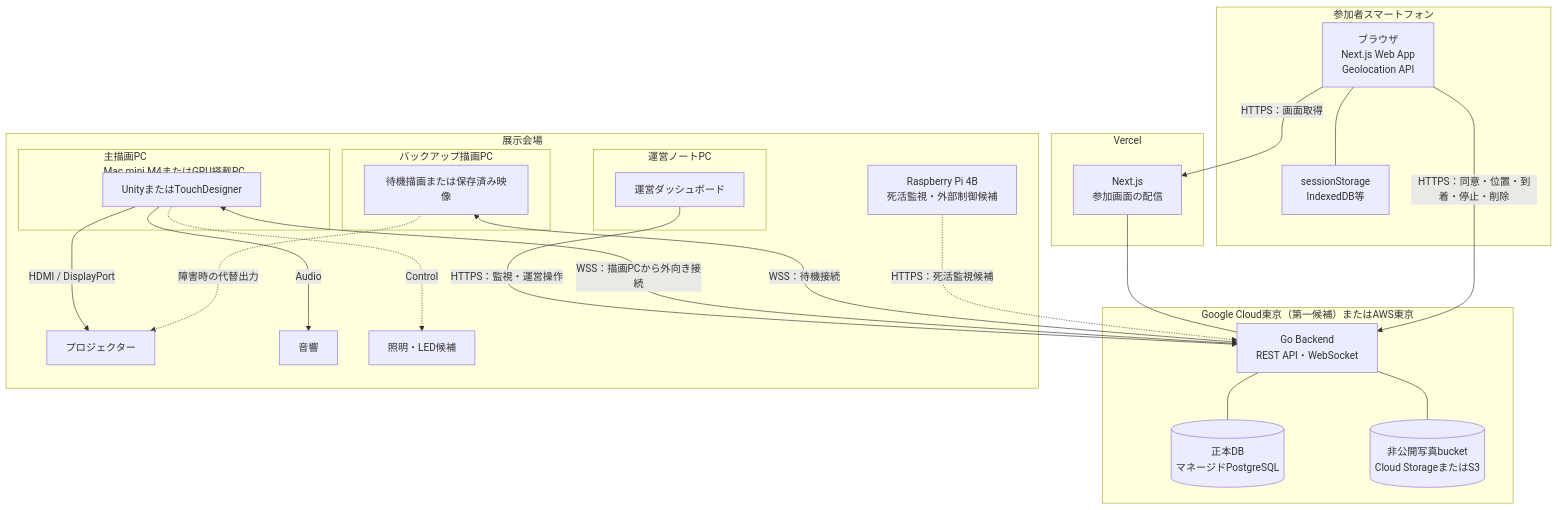
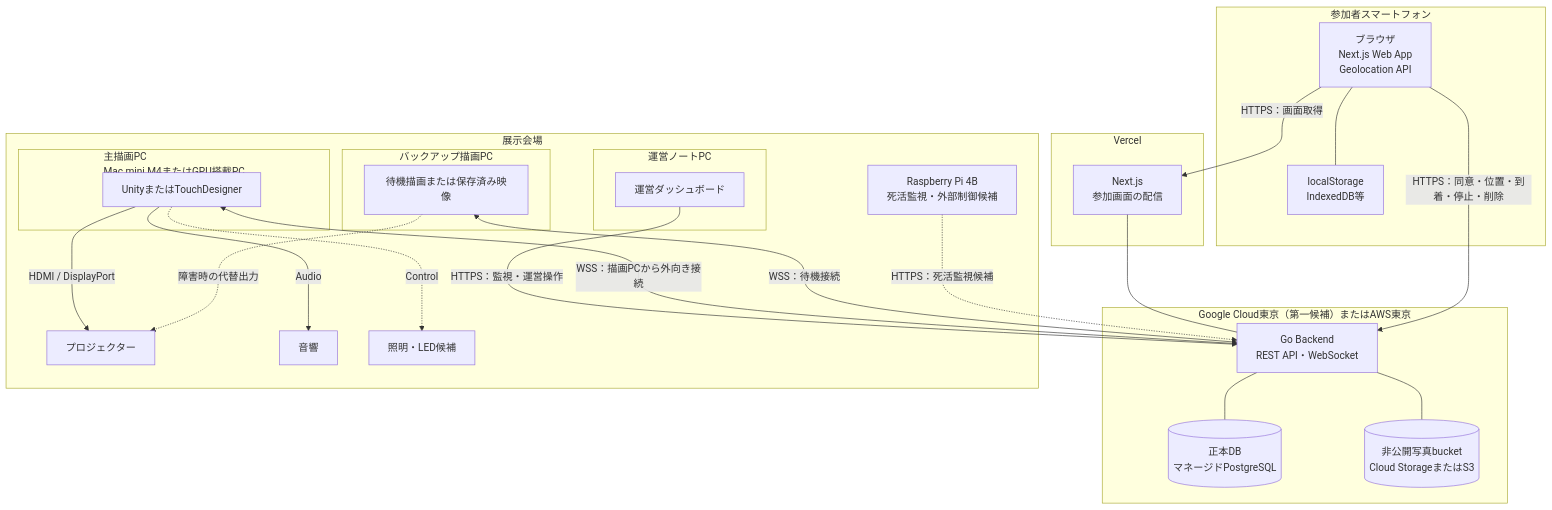
The second of 6 diagrams in docs/uml-diagrams.md (Mino829/trace-campus-installation), drawn with Mermaid before and after one commit. The commit also changed other lines of this file and 14 other files, not shown here.

````diff
--- a/docs/uml-diagrams.md
+++ b/docs/uml-diagrams.md
@@ -91,51 +86,51 @@
 ```mermaid
 flowchart TB
     subgraph ParticipantDevice["参加者スマートフォン"]
         MobileBrowser["ブラウザ<br/>Next.js Web App<br/>Geolocation API"]
-        MobileStorage["sessionStorage<br/>IndexedDB等"]
+        MobileStorage["localStorage<br/>IndexedDB等"]
         MobileBrowser --- MobileStorage
     end
 
     subgraph Vercel["Vercel"]
         NextServer["Next.js<br/>参加画面の配信"]
     end
 
     subgraph PublicEnvironment["Google Cloud東京（第一候補）またはAWS東京"]
         GoBackend["Go Backend<br/>REST API・WebSocket"]
         MainDB[("正本DB<br/>マネージドPostgreSQL")]
         PhotoStore[("非公開写真bucket<br/>Cloud StorageまたはS3")]
         NextServer --- GoBackend
         GoBackend --- MainDB
         GoBackend --- PhotoStore
     end
 
     subgraph Venue["展示会場"]
         subgraph DisplayComputer["主描画PC<br/>Mac mini M4またはGPU搭載PC"]
             Renderer["UnityまたはTouchDesigner"]
         end
 
         subgraph StandbyComputer["バックアップ描画PC"]
             StandbyRenderer["待機描画または保存済み映像"]
         end
 
         subgraph OperatorComputer["運営ノートPC"]
             Dashboard["運営ダッシュボード"]
         end
 
         Pi["Raspberry Pi 4B<br/>死活監視・外部制御候補"]
         Projector["プロジェクター"]
         Audio["音響"]
         Lighting["照明・LED候補"]
     end
 
     MobileBrowser -->|"HTTPS：画面取得"| NextServer
     MobileBrowser -->|"HTTPS：同意・位置・到着・停止・削除"| GoBackend
     Dashboard -->|"HTTPS：監視・運営操作"| GoBackend
     Renderer <-->|"WSS：描画PCから外向き接続"| GoBackend
     StandbyRenderer <-->|"WSS：待機接続"| GoBackend
     Pi -.->|"HTTPS：死活監視候補"| GoBackend
     Renderer -->|"HDMI / DisplayPort"| Projector
     Renderer -->|"Audio"| Audio
     Renderer -.->|"Control"| Lighting
     StandbyRenderer -.->|"障害時の代替出力"| Projector
 ```
````
